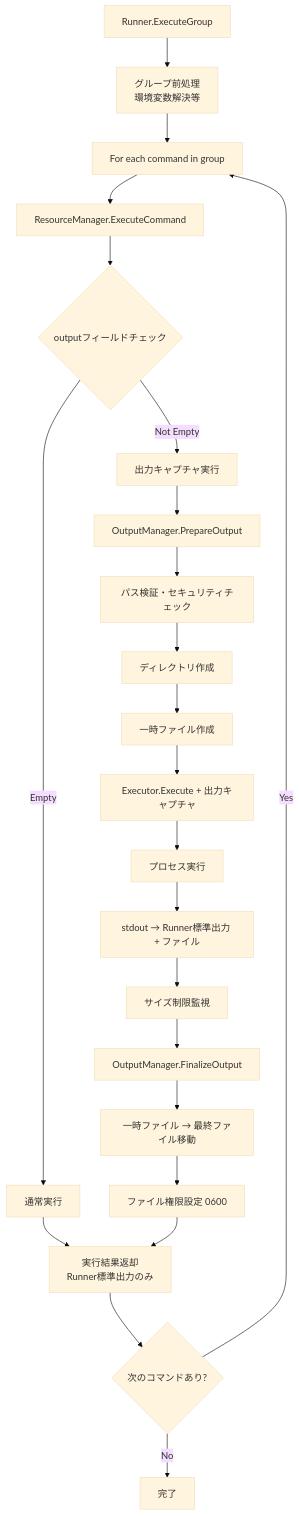
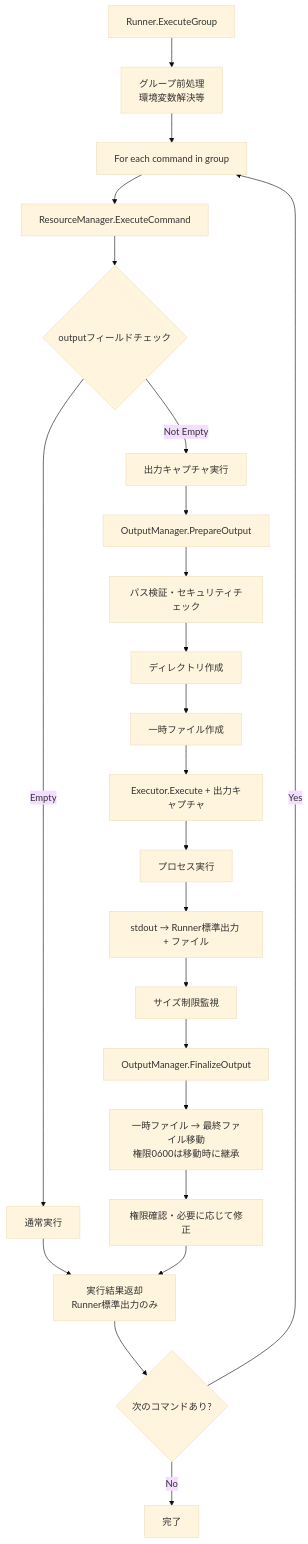
The third of 11 diagrams in docs/tasks/0025_command_output/02_architecture.md (isseis/go-safe-cmd-runner), drawn with Mermaid (base theme) before and after one commit. The commit also changed other lines of this file and 2 other files, not shown here.

````diff
--- a/docs/tasks/0025_command_output/02_architecture.md
+++ b/docs/tasks/0025_command_output/02_architecture.md
@@ -180,25 +179,25 @@
 ```mermaid
 graph TD
     A[Runner.ExecuteGroup] --> B[グループ前処理<br/>環境変数解決等]
     B --> C[For each command in group]
     C --> D[ResourceManager.ExecuteCommand]
     D --> E{outputフィールドチェック}
     E -->|Empty| F[通常実行]
     E -->|Not Empty| G[出力キャプチャ実行]
     G --> H[OutputManager.PrepareOutput]
     H --> H1[パス検証・セキュリティチェック]
     H1 --> H2[ディレクトリ作成]
     H2 --> H3[一時ファイル作成]
     H3 --> I[Executor.Execute + 出力キャプチャ]
     I --> I1[プロセス実行]
     I1 --> I2[stdout → Runner標準出力 + ファイル]
     I2 --> I3[サイズ制限監視]
     I3 --> J[OutputManager.FinalizeOutput]
-    J --> J1[一時ファイル → 最終ファイル移動]
-    J1 --> J2[ファイル権限設定 0600]
+    J --> J1[一時ファイル → 最終ファイル移動<br/>権限0600は移動時に継承]
+    J1 --> J2[権限確認・必要に応じて修正]
     F --> K[実行結果返却<br/>Runner標準出力のみ]
     J2 --> K
     K --> L{次のコマンドあり?}
     L -->|Yes| C
     L -->|No| M[完了]
 ```
````
